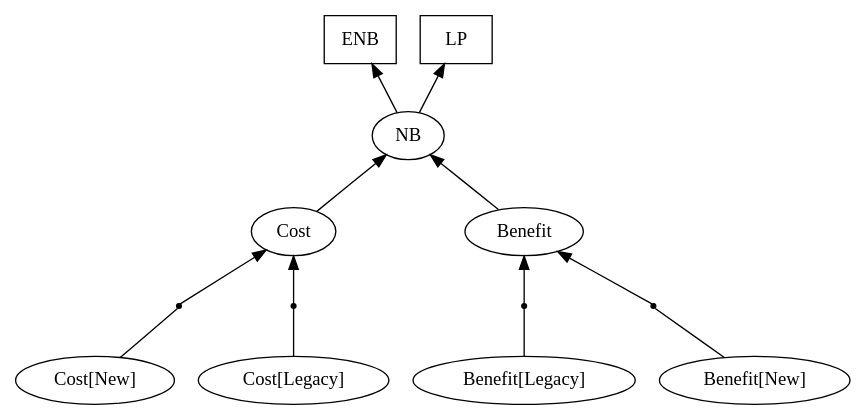
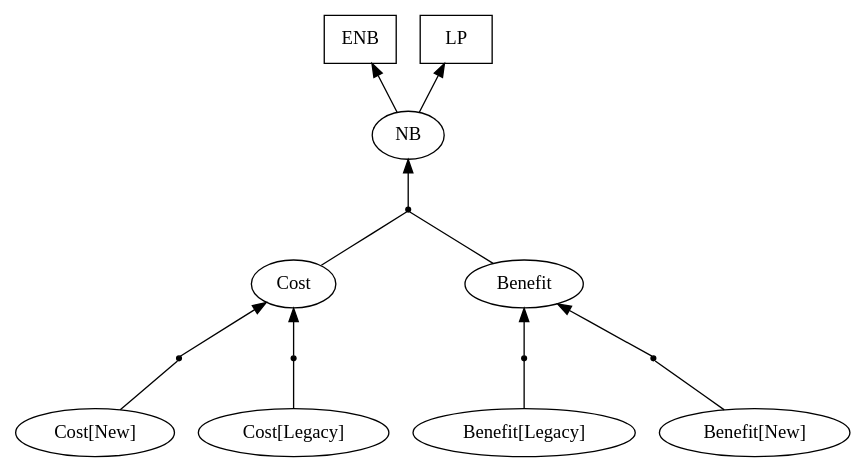
Before and after one commit to sbusari/RADAR2: the diagram in uk.ac.ucl.cs.results/CVB/graph/vgraph.dot, drawn with Graphviz. The commit also changed 12 other files, not shown here.

```diff
--- a/uk.ac.ucl.cs.results/CVB/graph/vgraph.dot
+++ b/uk.ac.ucl.cs.results/CVB/graph/vgraph.dot
@@ -1,24 +1,26 @@
 digraph G { 
 rankdir = BT 
 AndRef0[shape = point] 
 AndRef0->"Benefit"
 "Benefit[New]"->AndRef0 [dir = none] 
 AndRef1[shape = point] 
 AndRef1->"Benefit"
 "Benefit[Legacy]"->AndRef1 [dir = none] 
 "Benefit" [shape = oval] 
-"Benefit"->NB 
 AndRef2[shape = point] 
 AndRef2->"Cost"
 "Cost[New]"->AndRef2 [dir = none] 
 AndRef3[shape = point] 
 AndRef3->"Cost"
 "Cost[Legacy]"->AndRef3 [dir = none] 
 "Cost" [shape = oval] 
-"Cost"->NB 
 "NB" [shape = oval] 
+AndRef4[shape = point] 
+AndRef4->"NB"
+"Benefit"->AndRef4 [dir = none] 
+"Cost"->AndRef4 [dir = none] 
 ENB [shape = box] 
 NB->"ENB"
 LP [shape = box] 
 NB->"LP"
 }
```
